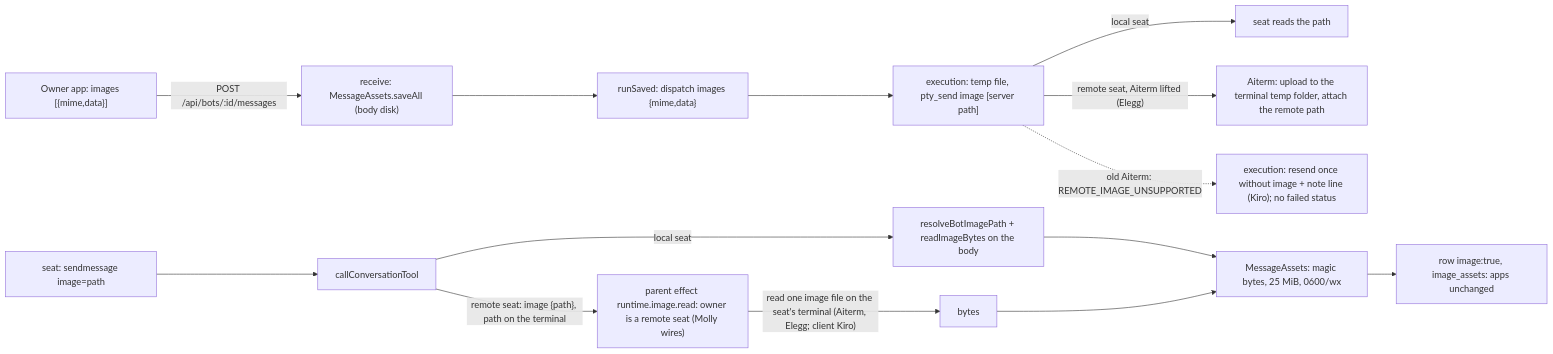
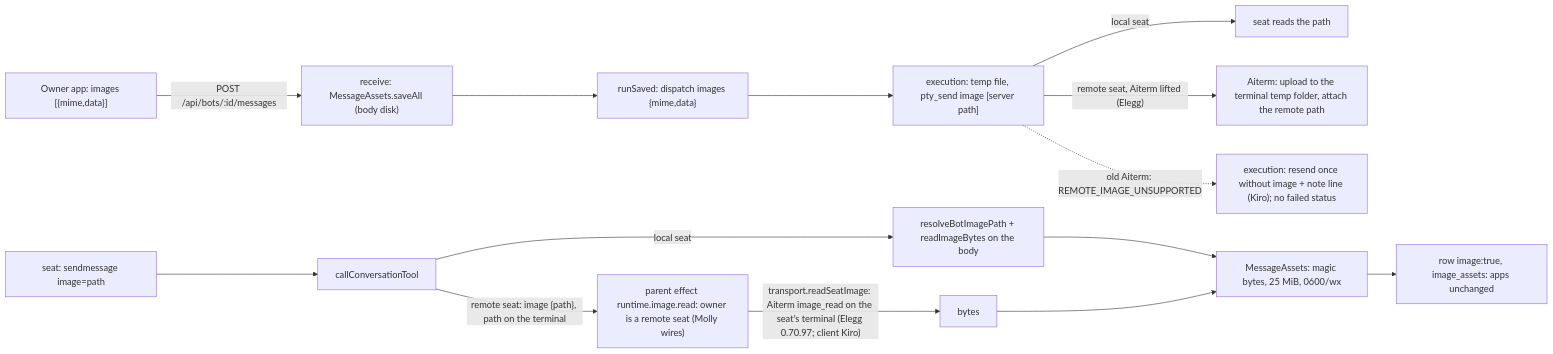
The seventh of 7 diagrams in docs/architecture/modules/conversation/delivery.md (kitepon/BellTeam), drawn with Mermaid before and after one commit. The commit also changed other lines of this file and 2 other files, not shown here.

First line of the commit message:
a521c: a remote seat's path image is read on its terminal through transport.readSeatImage (Aiterm 0.70.97 image_read)

````diff
--- a/docs/architecture/modules/conversation/delivery.md
+++ b/docs/architecture/modules/conversation/delivery.md
@@ -207,16 +207,16 @@
 ```mermaid
 flowchart LR
   Owner["Owner app: images [{mime,data}]"] -->|POST /api/bots/:id/messages| Save["receive: MessageAssets.saveAll (body disk)"]
   Save --> Run["runSaved: dispatch images {mime,data}"]
   Run --> Exec["execution: temp file, pty_send image [server path]"]
   Exec -->|"local seat"| Local["seat reads the path"]
   Exec -->|"remote seat, Aiterm lifted (Elegg)"| Put["Aiterm: upload to the terminal temp folder, attach the remote path"]
   Exec -.->|"old Aiterm: REMOTE_IMAGE_UNSUPPORTED"| Fallback["execution: resend once without image + note line (Kiro); no failed status"]
   Seat["seat: sendmessage image=path"] --> Tool["callConversationTool"]
   Tool -->|"local seat"| Read["resolveBotImagePath + readImageBytes on the body"]
   Tool -->|"remote seat: image {path}, path on the terminal"| Eff["parent effect runtime.image.read: owner is a remote seat (Molly wires)"]
-  Eff -->|"read one image file on the seat's terminal (Aiterm, Elegg; client Kiro)"| Bytes["bytes"]
+  Eff -->|"transport.readSeatImage: Aiterm image_read on the seat's terminal (Elegg 0.70.97; client Kiro)"| Bytes["bytes"]
   Read --> Assets["MessageAssets: magic bytes, 25 MiB, 0600/wx"]
   Bytes --> Assets
   Assets --> Row["row image:true, image_assets: apps unchanged"]
 ```
````
